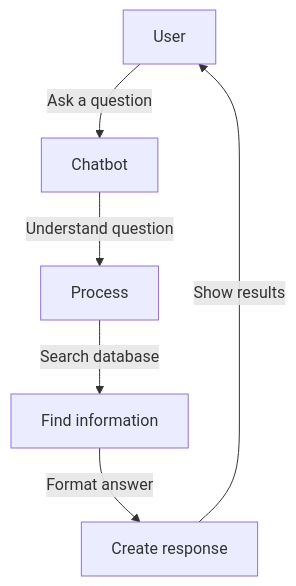
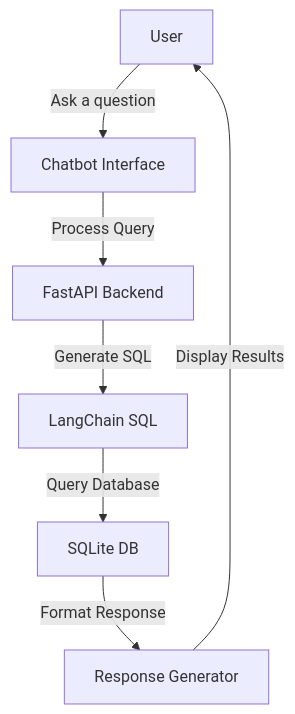
The first of 4 diagrams in docs/chatbot_flow.md (djpapzin/malawi-rag-sql-chatbot), drawn with Mermaid before and after one commit. The commit also changed other lines of this file and 7 other files, not shown here.

````diff
--- a/docs/chatbot_flow.md
+++ b/docs/chatbot_flow.md
@@ -11,8 +11,9 @@
 ```mermaid
 graph TD
-    A[User] -->|Ask a question| B[Chatbot]
-    B -->|Understand question| C[Process]
-    C -->|Search database| D[Find information]
-    D -->|Format answer| E[Create response]
-    E -->|Show results| A
+    A[User] -->|Ask a question| B[Chatbot Interface]
+    B -->|Process Query| C[FastAPI Backend]
+    C -->|Generate SQL| D[LangChain SQL]
+    D -->|Query Database| E[SQLite DB]
+    E -->|Format Response| F[Response Generator]
+    F -->|Display Results| A
 ```
````
